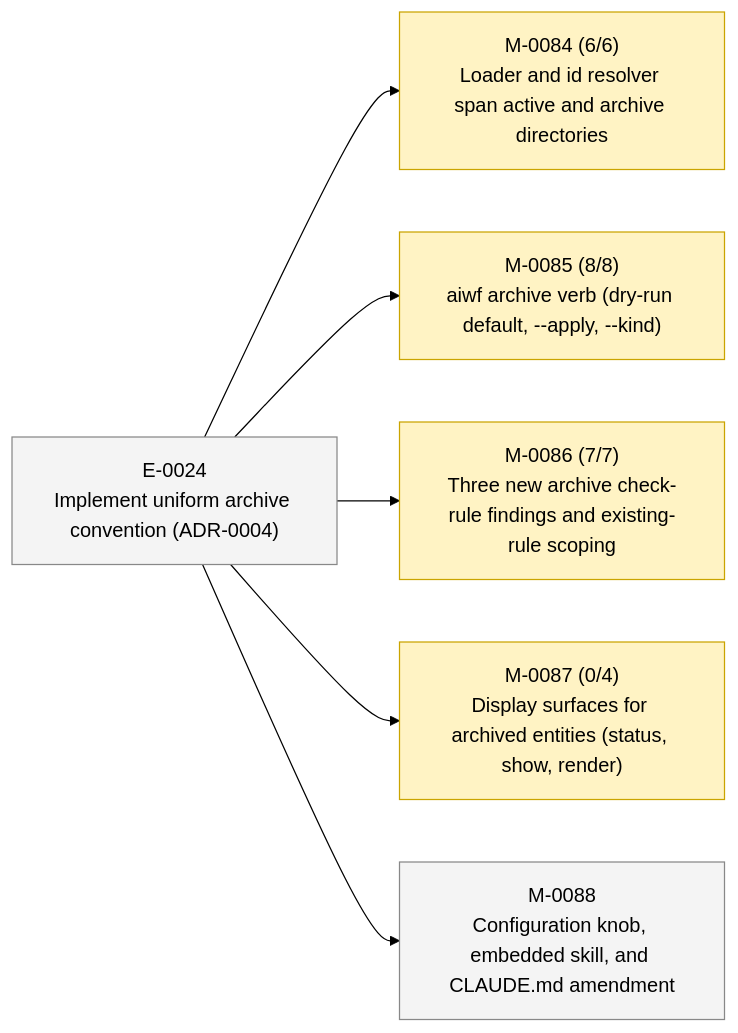
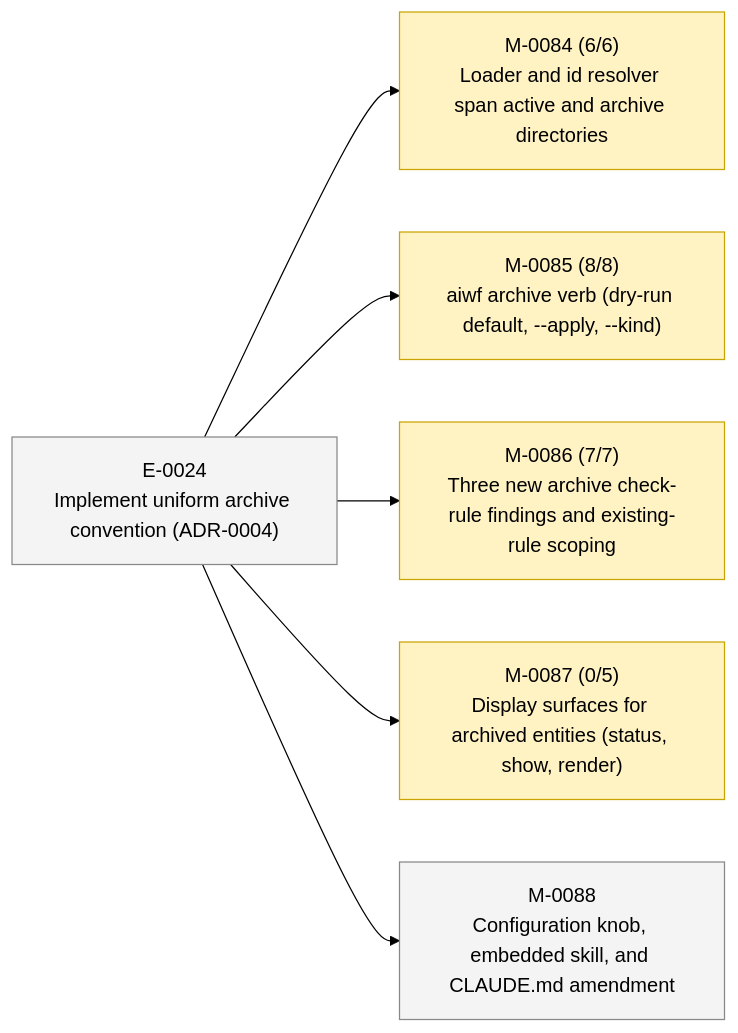
One commit to 23min/aiwf changed the second of 2 diagrams in STATUS.md. Above: the diagram before and after it, drawn with Mermaid (forest theme). The commit also changed other lines of this file and 1 other file, not shown here.

First line of the commit message:
aiwf add ac M-0087/AC-5 "aiwf show renders a visible archived-state indicator in text and JSON"

````diff
--- a/STATUS.md
+++ b/STATUS.md
@@ -49,20 +49,20 @@
 ```mermaid
 flowchart LR
   E_0024["E-0024<br/>Implement uniform archive convention (ADR-0004)"]:::epic_proposed
   M_0084["M-0084 (6/6)<br/>Loader and id resolver span active and archive directories"]:::ms_in_progress
   E_0024 --> M_0084
   M_0085["M-0085 (8/8)<br/>aiwf archive verb (dry-run default, --apply, --kind)"]:::ms_in_progress
   E_0024 --> M_0085
   M_0086["M-0086 (7/7)<br/>Three new archive check-rule findings and existing-rule scoping"]:::ms_in_progress
   E_0024 --> M_0086
-  M_0087["M-0087 (0/4)<br/>Display surfaces for archived entities (status, show, render)"]:::ms_in_progress
+  M_0087["M-0087 (0/5)<br/>Display surfaces for archived entities (status, show, render)"]:::ms_in_progress
   E_0024 --> M_0087
   M_0088["M-0088<br/>Configuration knob, embedded skill, and CLAUDE.md amendment"]:::ms_draft
   E_0024 --> M_0088
   classDef epic_active fill:#d6eaff,stroke:#1a73e8,color:#000
   classDef epic_proposed fill:#f4f4f4,stroke:#888,color:#000
   classDef ms_done fill:#d8f5d8,stroke:#2a8a2a,color:#000
   classDef ms_in_progress fill:#fff3c4,stroke:#caa400,color:#000
   classDef ms_draft fill:#f4f4f4,stroke:#888,color:#000
   classDef ms_cancelled fill:#fbeaea,stroke:#c33,color:#000
 ```
````
